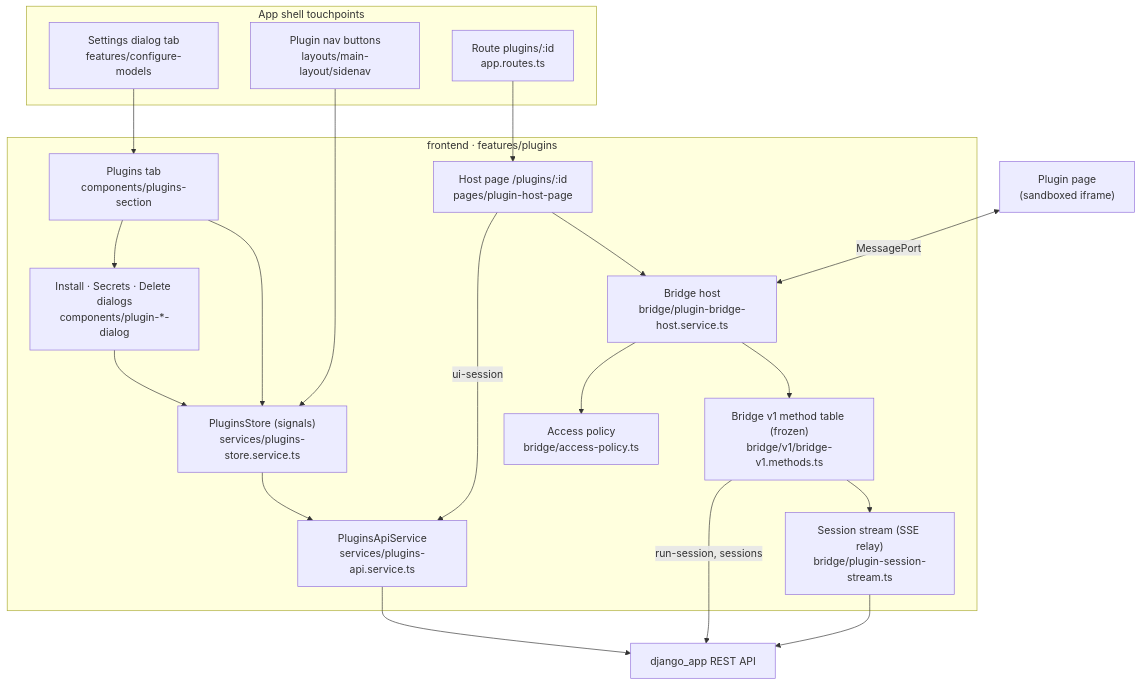
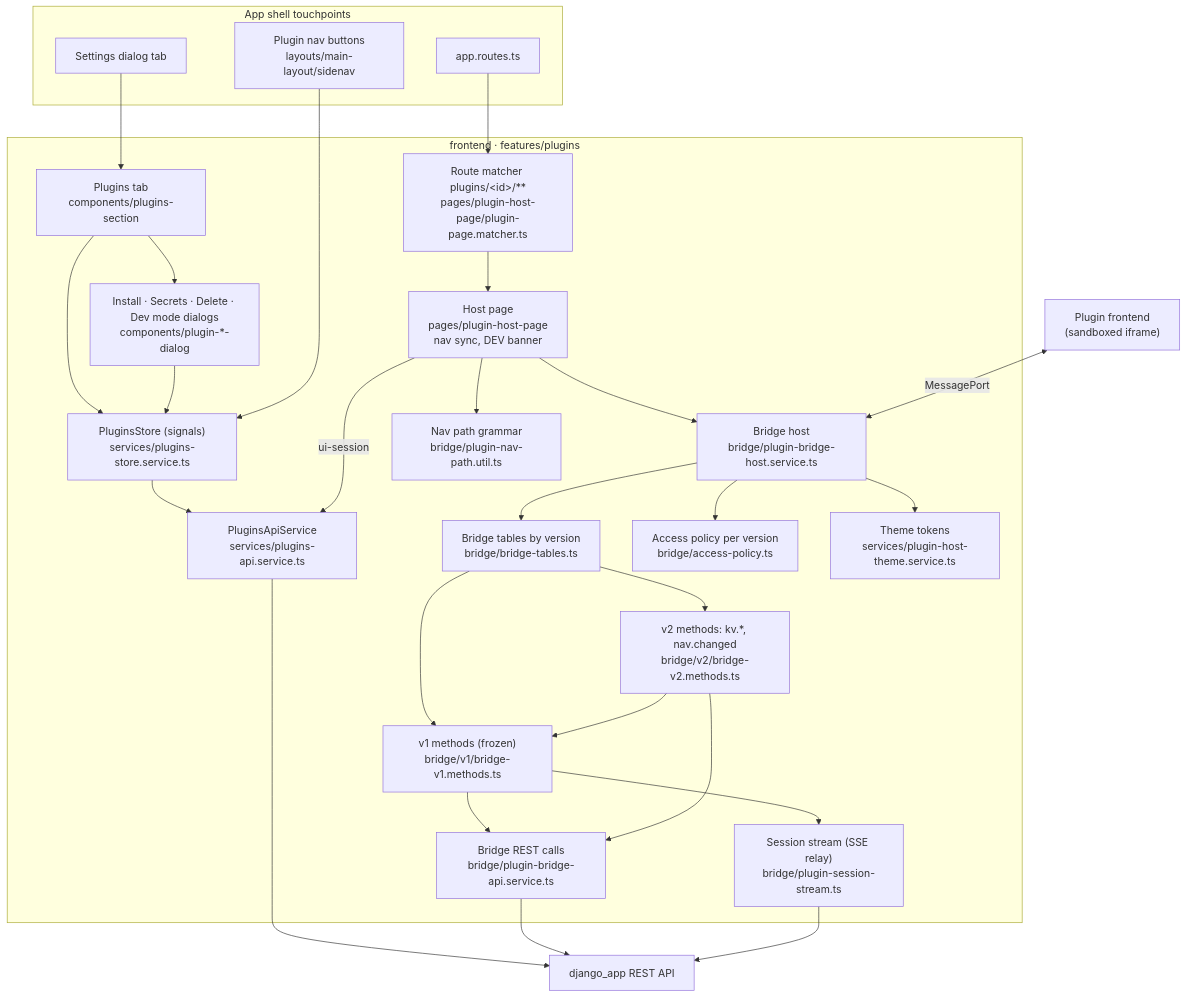
One commit to EpicStaff/EpicStaff changed the fourth of 4 diagrams in docs/proto/plugins/plugins-architecture.md. Above: the diagram before and after it, drawn with Mermaid. The commit also changed other lines of this file and 12 other files, not shown here.

Commit message:
chore(proto): plugins — docs: concept baseline (plugin apps, bridge v2, author tooling, code map)

````diff
--- a/docs/proto/plugins/plugins-architecture.md
+++ b/docs/proto/plugins/plugins-architecture.md
@@ -167,38 +189,52 @@
 ```mermaid
 flowchart TB
   subgraph feat["frontend · features/plugins"]
     section["Plugins tab<br/>components/plugins-section"]
-    dialogs["Install · Secrets · Delete dialogs<br/>components/plugin-*-dialog"]
+    dialogs["Install · Secrets · Delete · Dev mode dialogs<br/>components/plugin-*-dialog"]
     store["PluginsStore (signals)<br/>services/plugins-store.service.ts"]
     api["PluginsApiService<br/>services/plugins-api.service.ts"]
-    hostpage["Host page /plugins/:id<br/>pages/plugin-host-page"]
+    matcher["Route matcher plugins/&lt;id&gt;/**<br/>pages/plugin-host-page/plugin-page.matcher.ts"]
+    hostpage["Host page<br/>pages/plugin-host-page<br/>nav sync, DEV banner"]
     bridgehost["Bridge host<br/>bridge/plugin-bridge-host.service.ts"]
-    policy["Access policy<br/>bridge/access-policy.ts"]
-    v1["Bridge v1 method table (frozen)<br/>bridge/v1/bridge-v1.methods.ts"]
+    tables["Bridge tables by version<br/>bridge/bridge-tables.ts"]
+    v1["v1 methods (frozen)<br/>bridge/v1/bridge-v1.methods.ts"]
+    v2["v2 methods: kv.*, nav.changed<br/>bridge/v2/bridge-v2.methods.ts"]
+    policy["Access policy per version<br/>bridge/access-policy.ts"]
+    navpath["Nav path grammar<br/>bridge/plugin-nav-path.util.ts"]
+    theme["Theme tokens<br/>services/plugin-host-theme.service.ts"]
+    bapi["Bridge REST calls<br/>bridge/plugin-bridge-api.service.ts"]
     stream["Session stream (SSE relay)<br/>bridge/plugin-session-stream.ts"]
   end
 
   subgraph shell["App shell touchpoints"]
-    settings["Settings dialog tab<br/>features/configure-models"]
+    settings["Settings dialog tab"]
     sidenav["Plugin nav buttons<br/>layouts/main-layout/sidenav"]
-    routes["Route plugins/:id<br/>app.routes.ts"]
+    routes["app.routes.ts"]
   end
 
-  frame["Plugin page<br/>(sandboxed iframe)"]
+  frame["Plugin frontend<br/>(sandboxed iframe)"]
   backend["django_app REST API"]
 
   settings --> section
   section --> dialogs
   section --> store
   dialogs --> store
   sidenav --> store
   store --> api --> backend
-  routes --> hostpage
+  routes --> matcher --> hostpage
   hostpage -->|"ui-session"| api
+  hostpage --> navpath
   hostpage --> bridgehost
   frame <-->|"MessagePort"| bridgehost
   bridgehost --> policy
-  bridgehost --> v1
-  v1 -->|"run-session, sessions"| backend
-  v1 --> stream --> backend
+  bridgehost --> tables
+  tables --> v1
+  tables --> v2
+  v2 --> v1
+  bridgehost --> theme
+  v1 --> bapi
+  v2 --> bapi
+  v1 --> stream
+  bapi --> backend
+  stream --> backend
 ```
````
